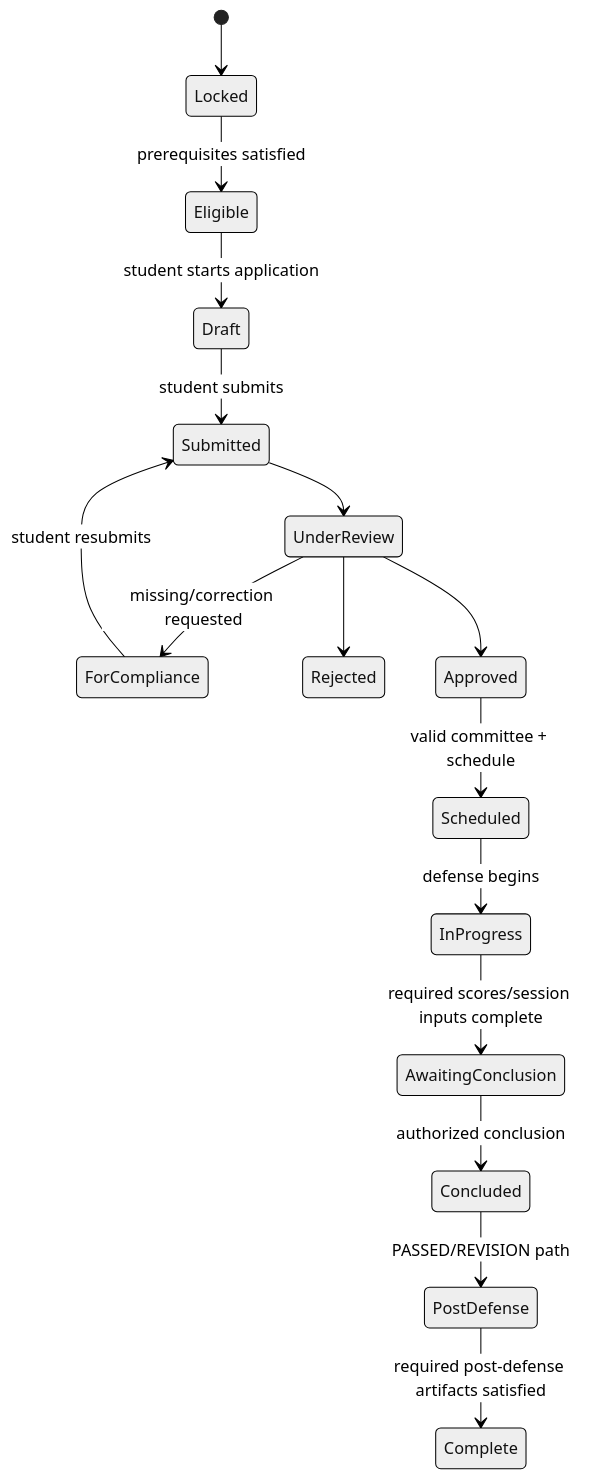
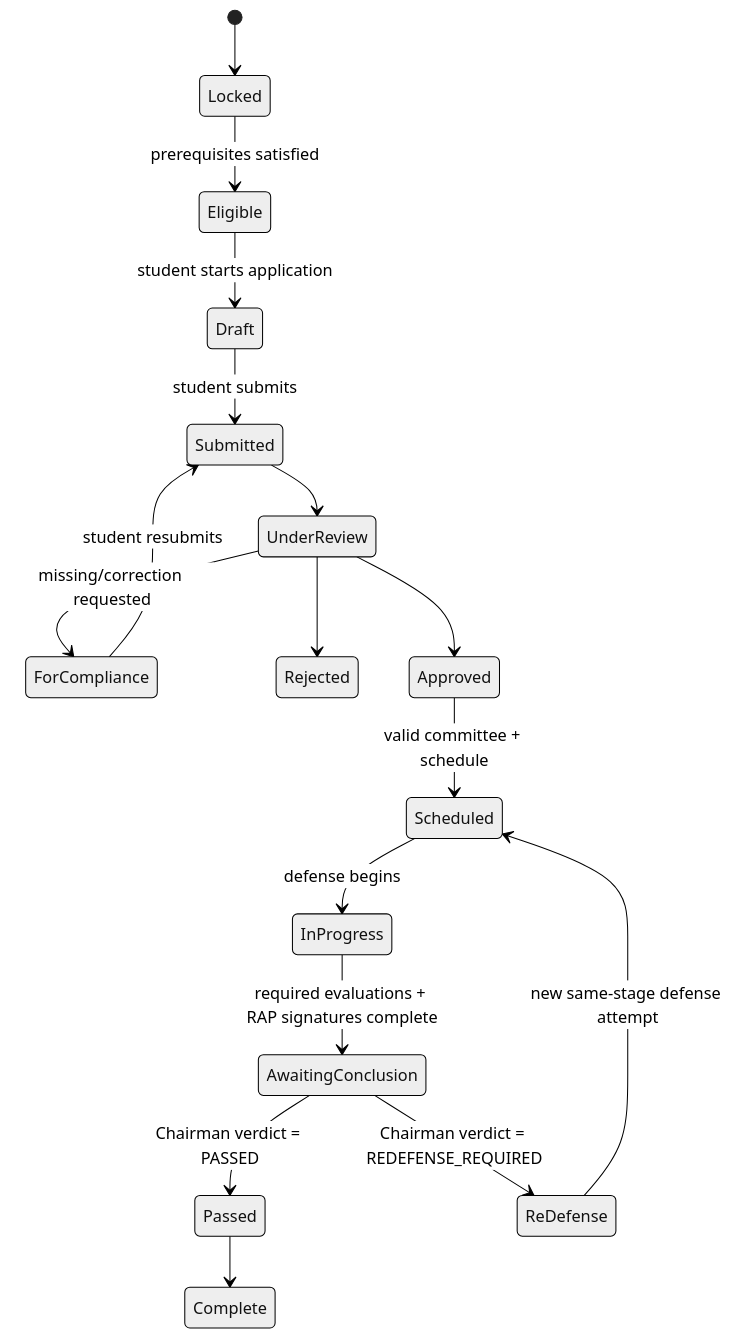
One commit to MuelTech/graduate-system changed the third of 3 diagrams in docs/superpowers/DEFENSE_WORKFLOW_SOURCE_OF_TRUTH.md. Above: the diagram before and after it, drawn with Mermaid (neutral theme). The commit also changed other lines of this file and 2 other files, not shown here.

Commit message:
docs(defense): align signed evaluation and re-defense flow

````diff
--- a/docs/superpowers/DEFENSE_WORKFLOW_SOURCE_OF_TRUTH.md
+++ b/docs/superpowers/DEFENSE_WORKFLOW_SOURCE_OF_TRUTH.md
@@ -1765,18 +1783,19 @@
 ```mermaid
 stateDiagram-v2
     [*] --> Locked
     Locked --> Eligible: prerequisites satisfied
     Eligible --> Draft: student starts application
     Draft --> Submitted: student submits
     Submitted --> UnderReview
     UnderReview --> ForCompliance: missing/correction requested
     ForCompliance --> Submitted: student resubmits
     UnderReview --> Rejected
     UnderReview --> Approved
     Approved --> Scheduled: valid committee + schedule
     Scheduled --> InProgress: defense begins
-    InProgress --> AwaitingConclusion: required scores/session inputs complete
-    AwaitingConclusion --> Concluded: authorized conclusion
-    Concluded --> PostDefense: PASSED/REVISION path
-    PostDefense --> Complete: required post-defense artifacts satisfied
+    InProgress --> AwaitingConclusion: required evaluations + RAP signatures complete
+    AwaitingConclusion --> Passed: Chairman verdict = PASSED
+    AwaitingConclusion --> ReDefense: Chairman verdict = REDEFENSE_REQUIRED
+    Passed --> Complete
+    ReDefense --> Scheduled: new same-stage defense attempt
 ```
````
